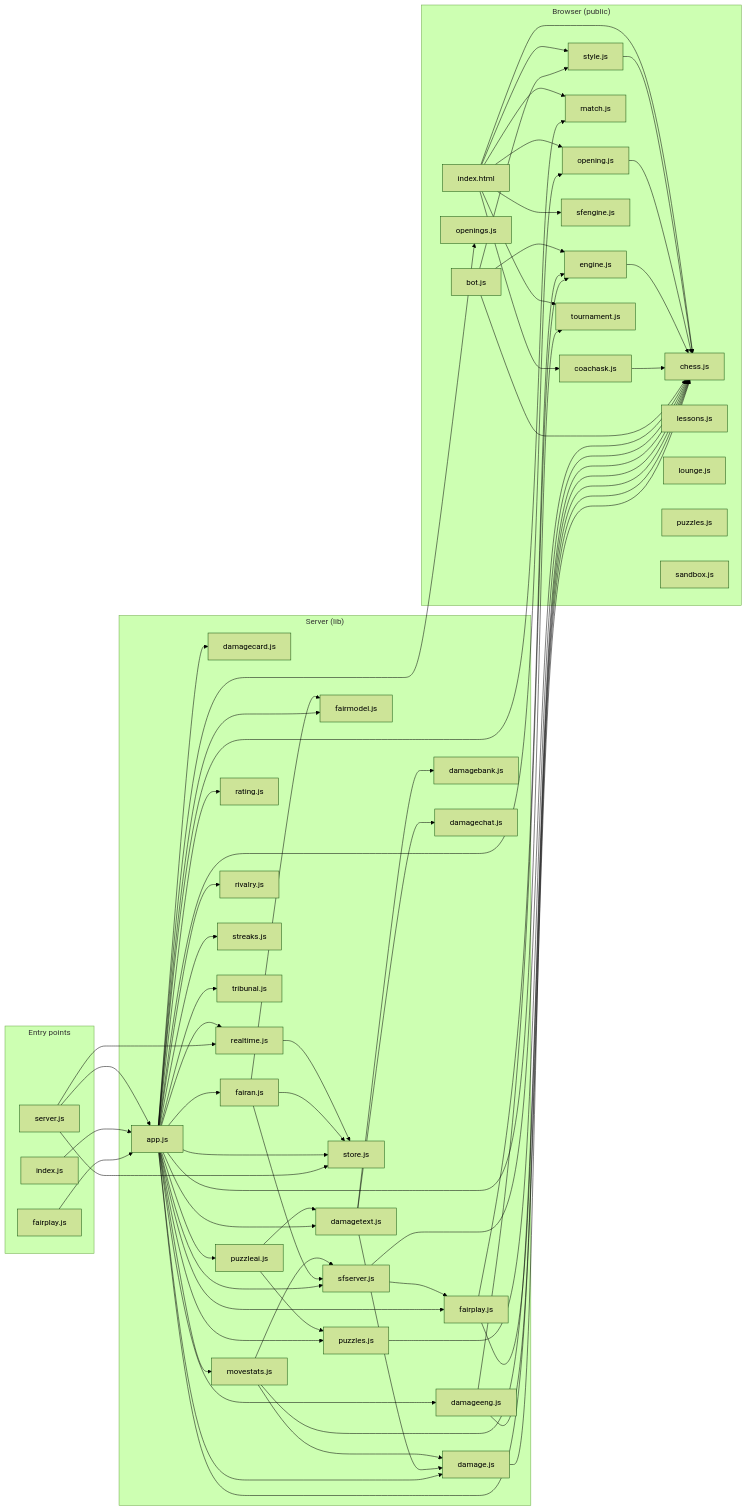
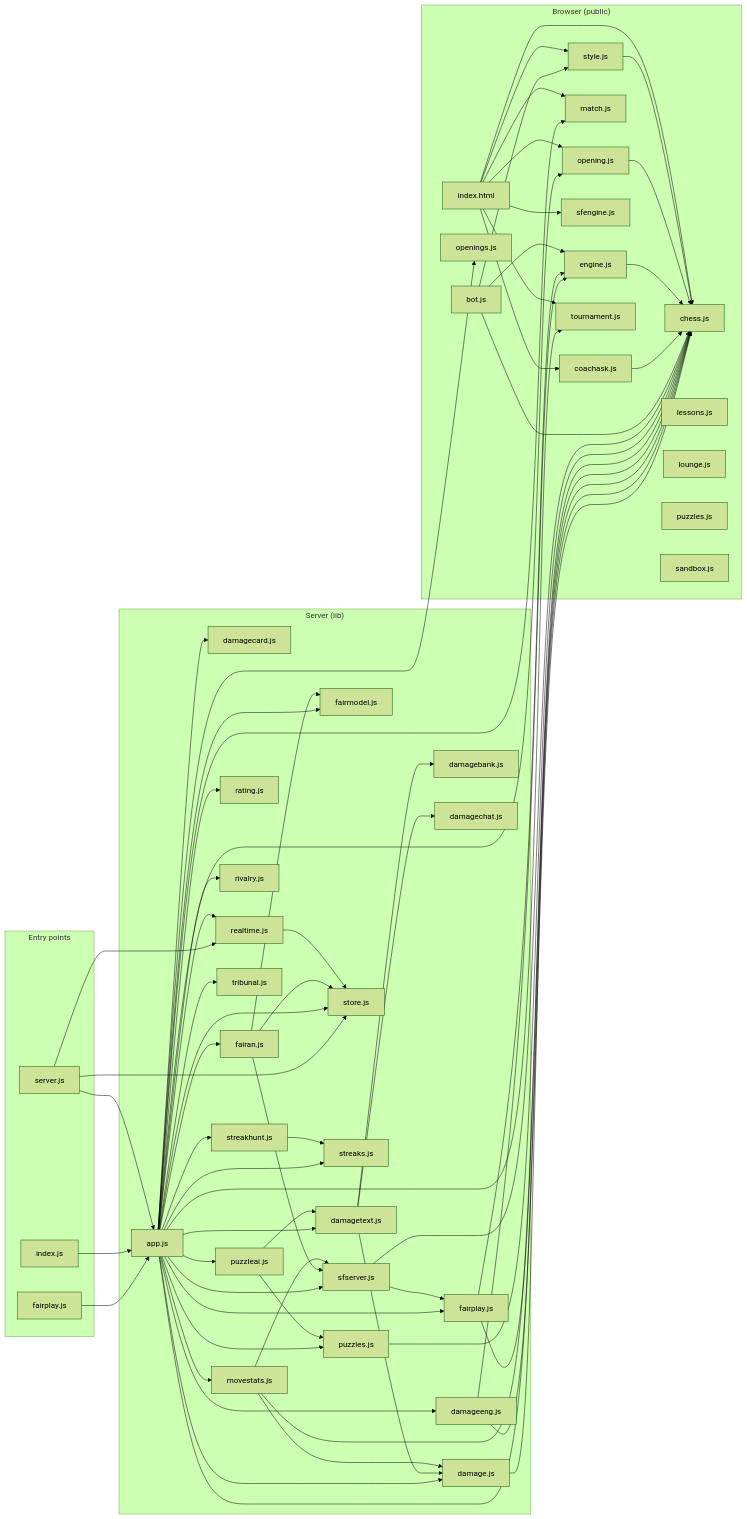
Before and after one commit to Vihaancoding/chess-with-friends: the diagram in docs/code-map.md, drawn with Mermaid (forest theme). The commit also changed other lines of this file and 6 other files, not shown here.

```diff
--- a/docs/code-map.md
+++ b/docs/code-map.md
@@ -28,6 +28,7 @@
     lib_rivalry_js["rivalry.js"]
     lib_sfserver_js["sfserver.js"]
     lib_store_js["store.js"]
+    lib_streakhunt_js["streakhunt.js"]
     lib_streaks_js["streaks.js"]
     lib_tribunal_js["tribunal.js"]
   end
@@ -70,6 +71,7 @@
   lib_app_js --> lib_puzzleai_js
   lib_app_js --> lib_movestats_js
   lib_app_js --> lib_streaks_js
+  lib_app_js --> lib_streakhunt_js
   lib_app_js --> lib_tribunal_js
   lib_app_js --> lib_sfserver_js
   lib_app_js --> lib_fairan_js
@@ -95,6 +97,7 @@
   lib_realtime_js --> lib_store_js
   lib_sfserver_js --> public_chess_js
   lib_sfserver_js --> lib_fairplay_js
+  lib_streakhunt_js --> lib_streaks_js
   public_bot_js --> public_chess_js
   public_bot_js --> public_style_js
   public_bot_js --> public_engine_js
```
